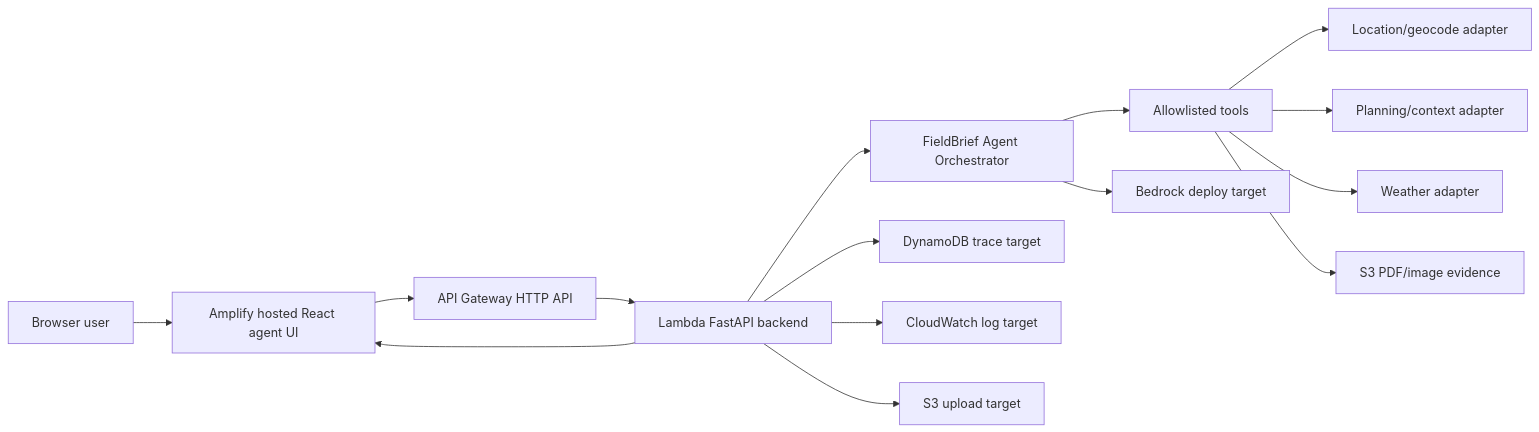
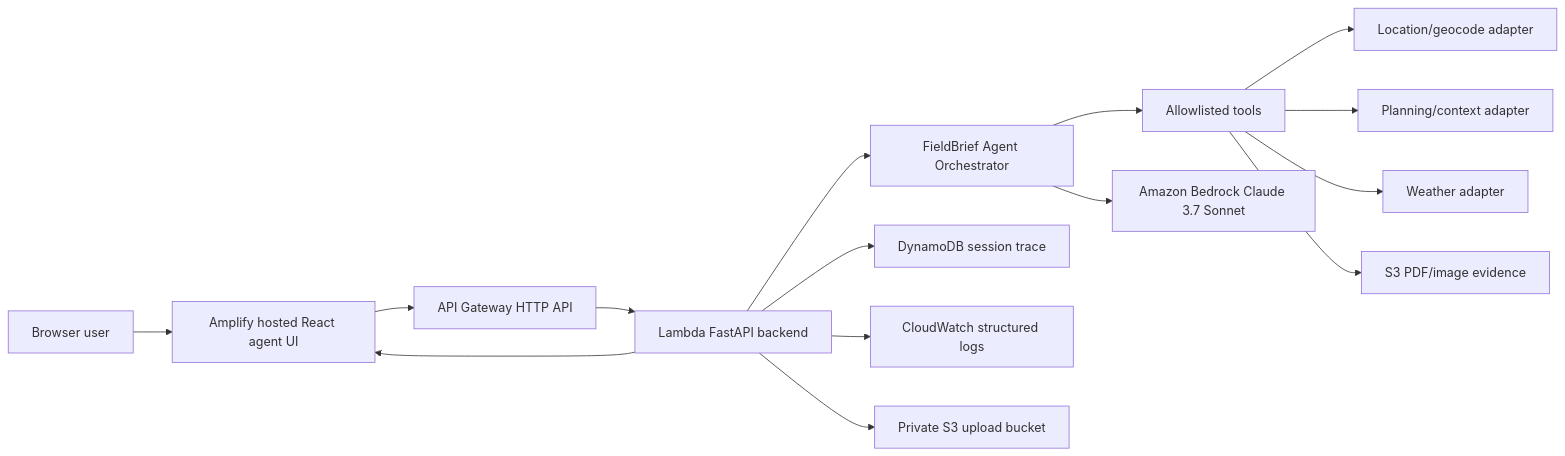
One commit to Capitano00/3D-RAMS changed the diagram in docs/hosted-aws-product.md. Above: the diagram before and after it, drawn with Mermaid. The commit also changed other lines of this file and 21 other files, not shown here.

````diff
--- a/docs/hosted-aws-product.md
+++ b/docs/hosted-aws-product.md
@@ -26,17 +26,17 @@
 ```mermaid
 flowchart LR
     User["Browser user"] --> Amplify["Amplify hosted React agent UI"]
     Amplify --> APIGW["API Gateway HTTP API"]
     APIGW --> Lambda["Lambda FastAPI backend"]
     Lambda --> Agent["FieldBrief Agent Orchestrator"]
     Agent --> Tools["Allowlisted tools"]
     Tools --> Location["Location/geocode adapter"]
     Tools --> Planning["Planning/context adapter"]
     Tools --> Weather["Weather adapter"]
     Tools --> Uploads["S3 PDF/image evidence"]
-    Agent --> Bedrock["Bedrock deploy target"]
-    Lambda --> DynamoDB["DynamoDB trace target"]
-    Lambda --> CloudWatch["CloudWatch log target"]
-    Lambda --> S3["S3 upload target"]
+    Agent --> Bedrock["Amazon Bedrock Claude 3.7 Sonnet"]
+    Lambda --> DynamoDB["DynamoDB session trace"]
+    Lambda --> CloudWatch["CloudWatch structured logs"]
+    Lambda --> S3["Private S3 upload bucket"]
     Lambda --> Amplify
 ```
````
